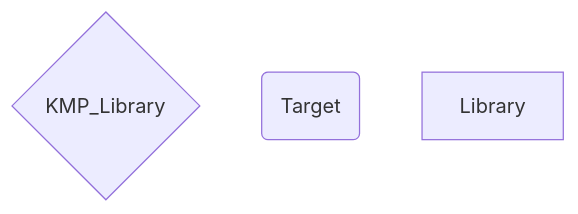
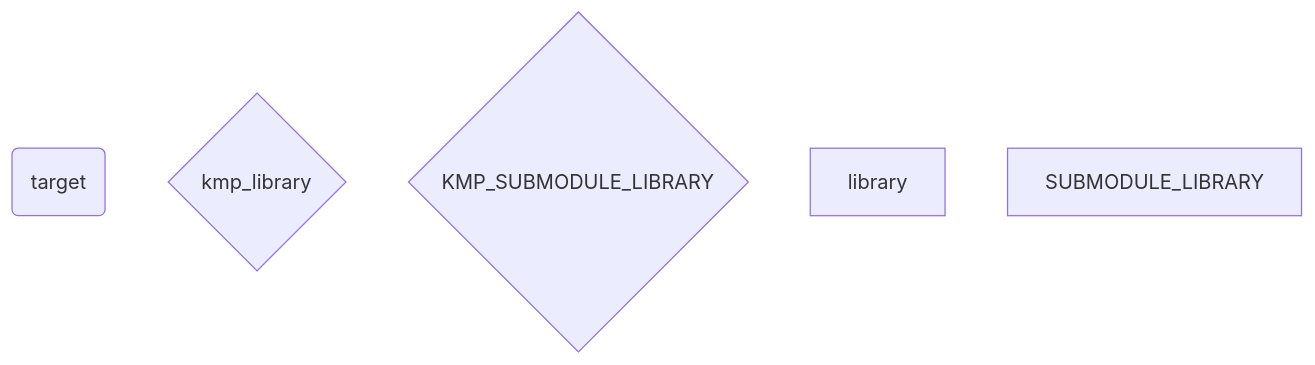
Before and after one commit to Oztechan/CCC: the second of 3 diagrams in README.md, drawn with Mermaid. The commit also changed other lines of this file and 12 other files, not shown here.

````diff
--- a/README.md
+++ b/README.md
@@ -95,6 +95,8 @@
 ```mermaid
 graph TD;
-KMP_Library{KMP_Library}
-Target(Target)
-Library
+target(target)
+kmp_library{kmp_library}
+KMP_SUBMODULE_LIBRARY{KMP_SUBMODULE_LIBRARY}
+library
+SUBMODULE_LIBRARY
 ```
````
